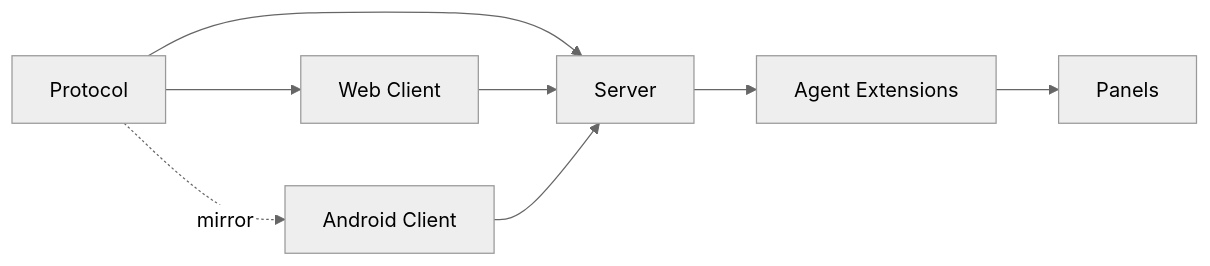
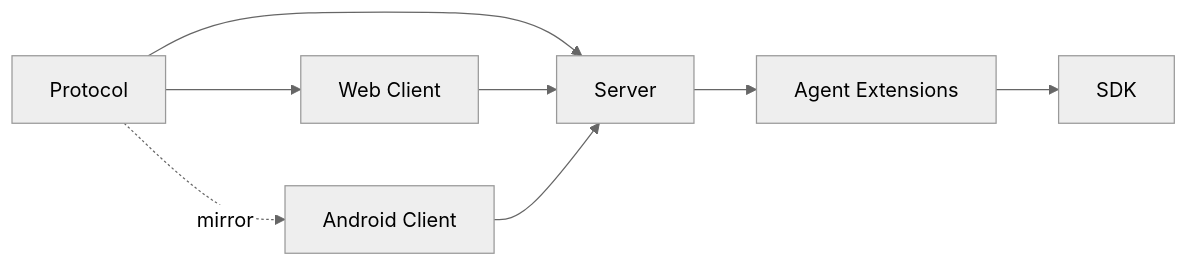
The first of 2 diagrams in codemap.md (alennartz/pimote), drawn with Mermaid (neutral theme) before and after one commit. The commit also changed other lines of this file and 32 other files, not shown here.

First line of the commit message:
Replace @pimote/panels with @pimote/sdk (panels + projects seams)

````diff
--- a/codemap.md
+++ b/codemap.md
@@ -7,10 +7,10 @@
 ```mermaid
 graph LR
   Protocol --> Server
   Protocol --> Web_Client[Web Client]
   Protocol -.mirror.-> Android_Client[Android Client]
   Web_Client --> Server
   Android_Client --> Server
   Server --> Agent_Extensions[Agent Extensions]
-  Agent_Extensions --> Panels
+  Agent_Extensions --> SDK
 ```
````
